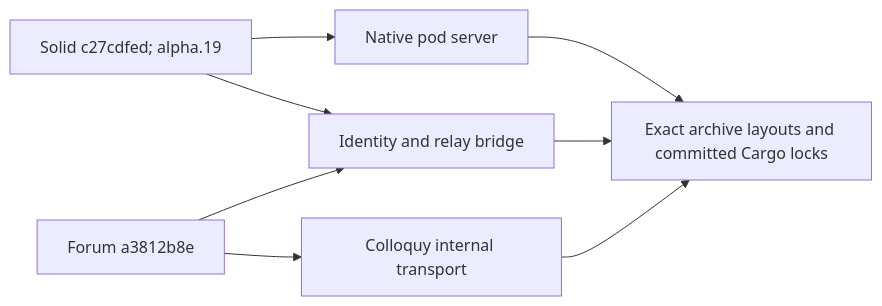
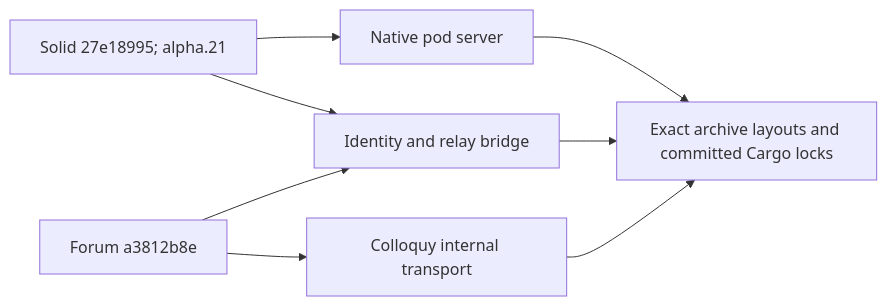
Before and after one commit to DreamLab-AI/VisionFlow: the second of 3 diagrams in docs/diagrams/agentbox/42-custody-callers-and-consumer-pins.md, drawn with Mermaid. The commit also changed other lines of this file and 36 other files, not shown here.

First line of the commit message:
docs(diagrams): re-derive and re-stamp agentbox, dream-engine, visioncraft, visiontouch and vowl topics; drop LAN addresses

````diff
--- a/docs/diagrams/agentbox/42-custody-callers-and-consumer-pins.md
+++ b/docs/diagrams/agentbox/42-custody-callers-and-consumer-pins.md
@@ -58,14 +58,14 @@
 ```mermaid
 flowchart LR
-    %% Source: ../project/agentbox/lib/solid-pod-rs.nix:58
-    S["Solid c27cdfed; alpha.19"] --> Server["Native pod server"]
-    %% Source: ../project/agentbox/lib/nostr-pod-bridge.nix:63
+    %% Source: ../project/agentbox/lib/solid-pod-rs.nix:64
+    S["Solid 27e18995; alpha.21"] --> Server["Native pod server"]
+    %% Source: ../project/agentbox/lib/nostr-pod-bridge.nix:64
     S --> Bridge["Identity and relay bridge"]
     %% Source: ../project/agentbox/lib/nostr-pod-bridge.nix:50
     F["Forum a3812b8e"] --> Bridge
     %% Source: ../project/agentbox/lib/colloquy.nix:46
     F --> C["Colloquy internal transport"]
     Bridge --> Gate["Exact archive layouts and committed Cargo locks"]
     C --> Gate
     Server --> Gate
 ```
````
